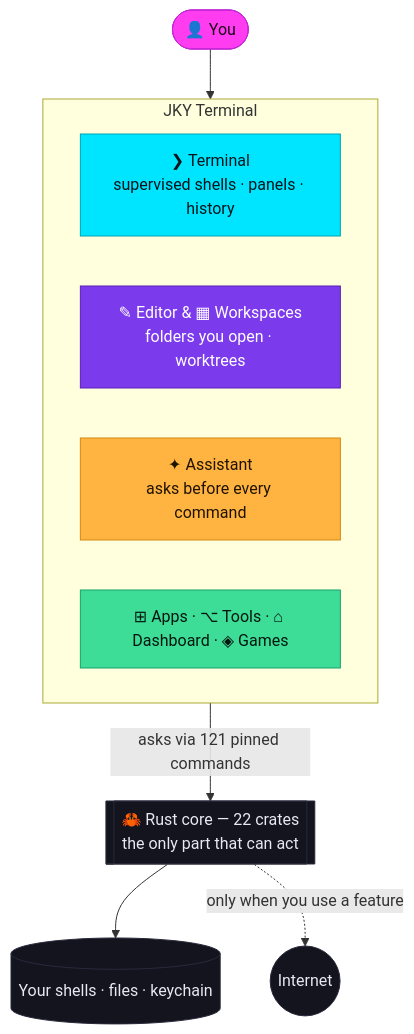
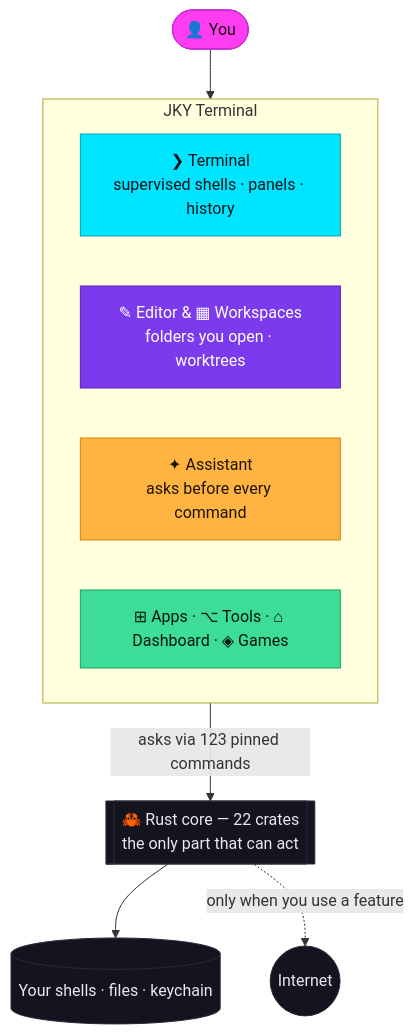
Before and after one commit to kartikeyajay2006/jky-terminal: the second of 2 diagrams in docs/README.md, drawn with Mermaid. The commit also changed 7 other files, not shown here.

````diff
--- a/docs/README.md
+++ b/docs/README.md
@@ -148,23 +148,23 @@
 ```mermaid
 flowchart TB
     YOU([👤 You]):::magenta
     subgraph APP["JKY Terminal"]
         direction LR
         T["❯ Terminal<br/>supervised shells · panels · history"]:::cyan
         E["✎ Editor & ▦ Workspaces<br/>folders you open · worktrees"]:::violet
         A["✦ Assistant<br/>asks before every command"]:::amber
         X["⊞ Apps · ⌥ Tools · ⌂ Dashboard · ◈ Games"]:::mint
     end
     R[["🦀 Rust core — 22 crates<br/>the only part that can act"]]:::ink
     YOU --> APP
-    APP -- "asks via 121 pinned commands" --> R
+    APP -- "asks via 123 pinned commands" --> R
     R --> OS[(Your shells · files · keychain)]:::ink
     R -. "only when you use a feature" .-> NET((Internet)):::ink
 
     classDef ink fill:#14141f,stroke:#2a2a3c,color:#e8e8f2
     classDef cyan fill:#00e5ff,stroke:#00a3b5,color:#06141a
     classDef amber fill:#ffb340,stroke:#d18a12,color:#1f1300
     classDef violet fill:#7c3aed,stroke:#5b21b6,color:#ffffff
     classDef mint fill:#3ddc97,stroke:#15a36b,color:#04170f
     classDef magenta fill:#ff3cf0,stroke:#c026d3,color:#1a0618
 ```
````
